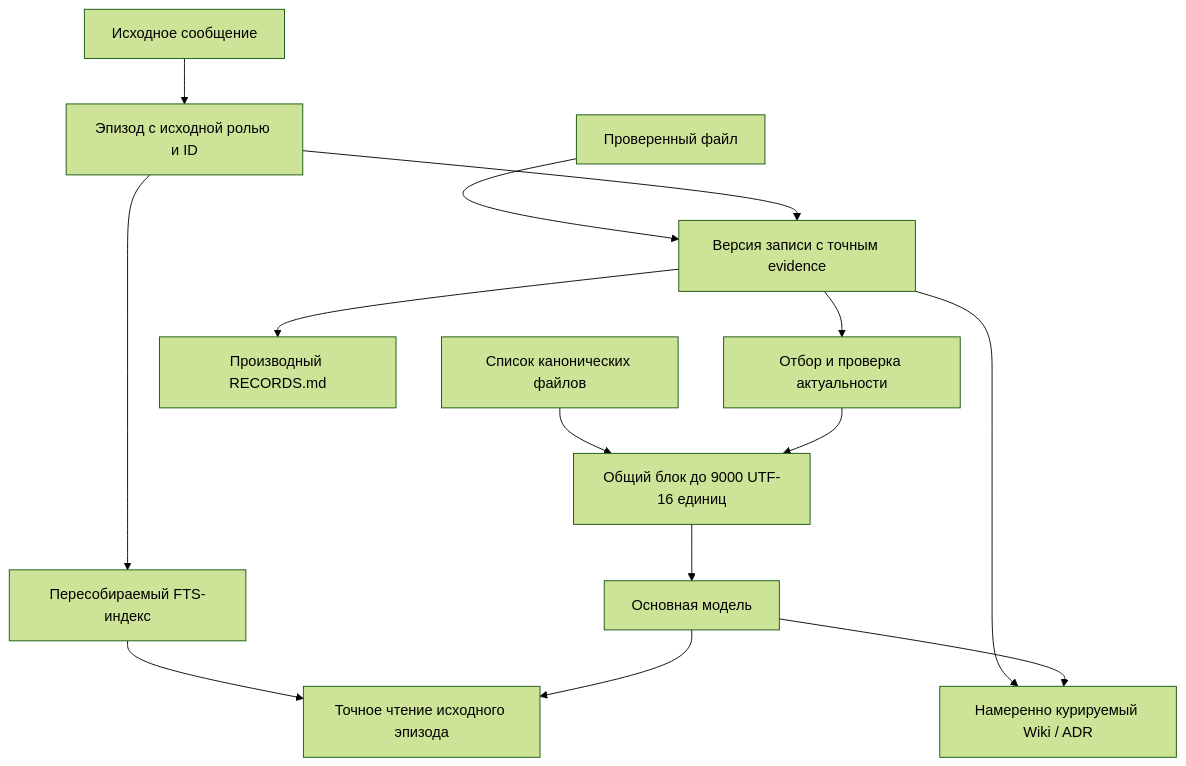
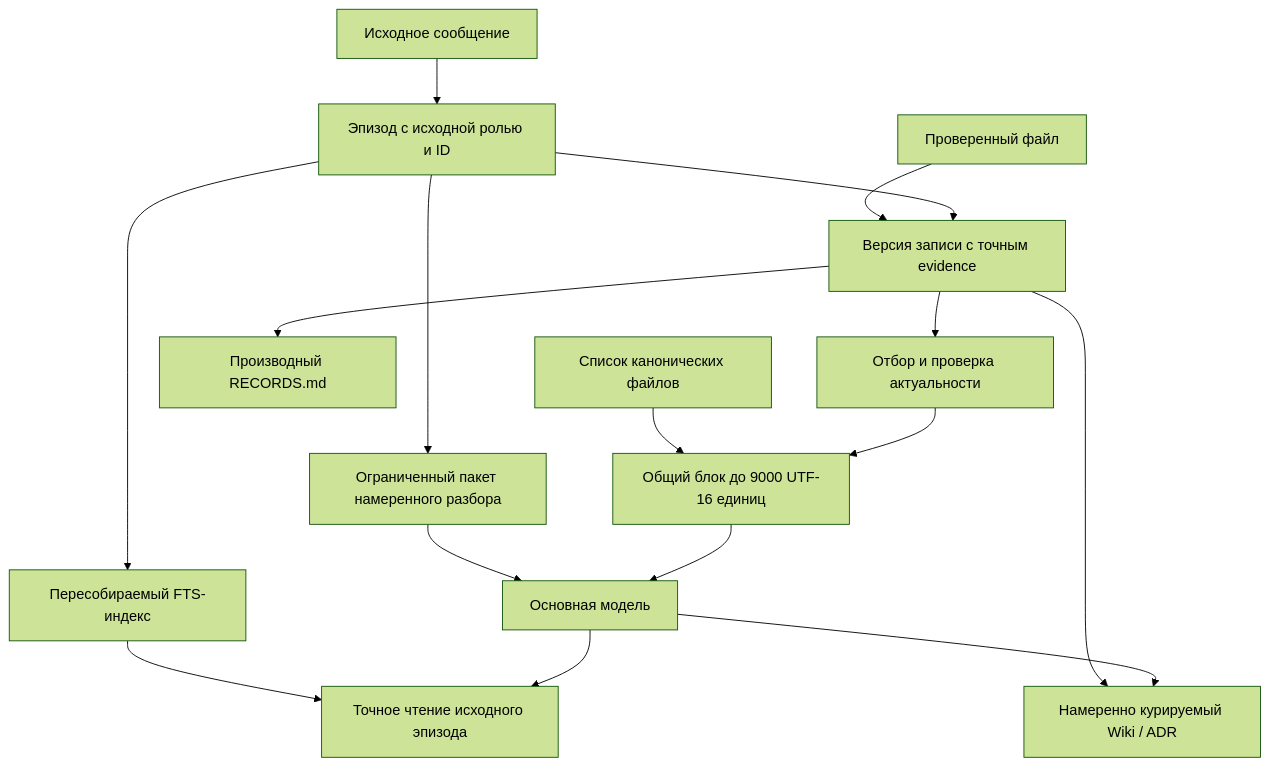
The diagram in docs/LAYERS.md (Clientik/omp-huimem), drawn with Mermaid (forest theme) before and after one commit. The commit also changed other lines of this file and 19 other files, not shown here.

````diff
--- a/docs/LAYERS.md
+++ b/docs/LAYERS.md
@@ -8,16 +8,18 @@
 ```mermaid
 flowchart TD
   U[Исходное сообщение] --> E[Эпизод с исходной ролью и ID]
   F[Проверенный файл] --> V[Версия записи с точным evidence]
   E --> V
   E --> I[Пересобираемый FTS-индекс]
+  E --> L[Ограниченный пакет намеренного разбора]
+  L --> M
   I --> P[Точное чтение исходного эпизода]
   V --> R[Отбор и проверка актуальности]
   V --> W[Намеренно курируемый Wiki / ADR]
   V --> D[Производный RECORDS.md]
   C[Список канонических файлов] --> B[Общий блок до 9000 UTF-16 единиц]
   R --> B
   B --> M[Основная модель]
   M --> P
   M --> W
 ```
````
